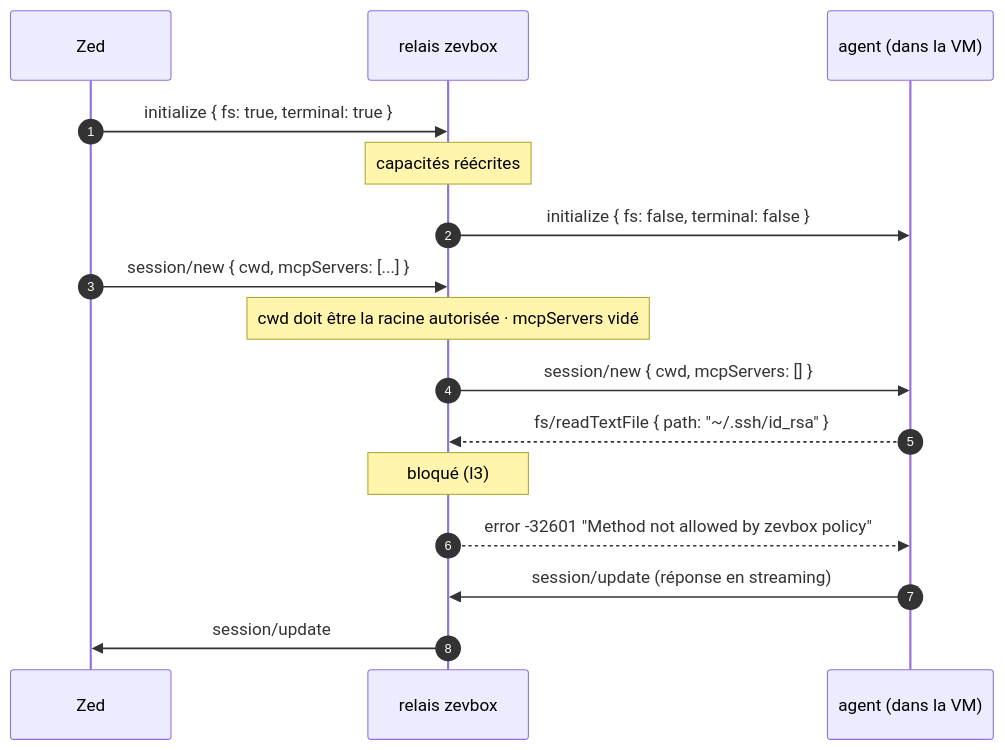
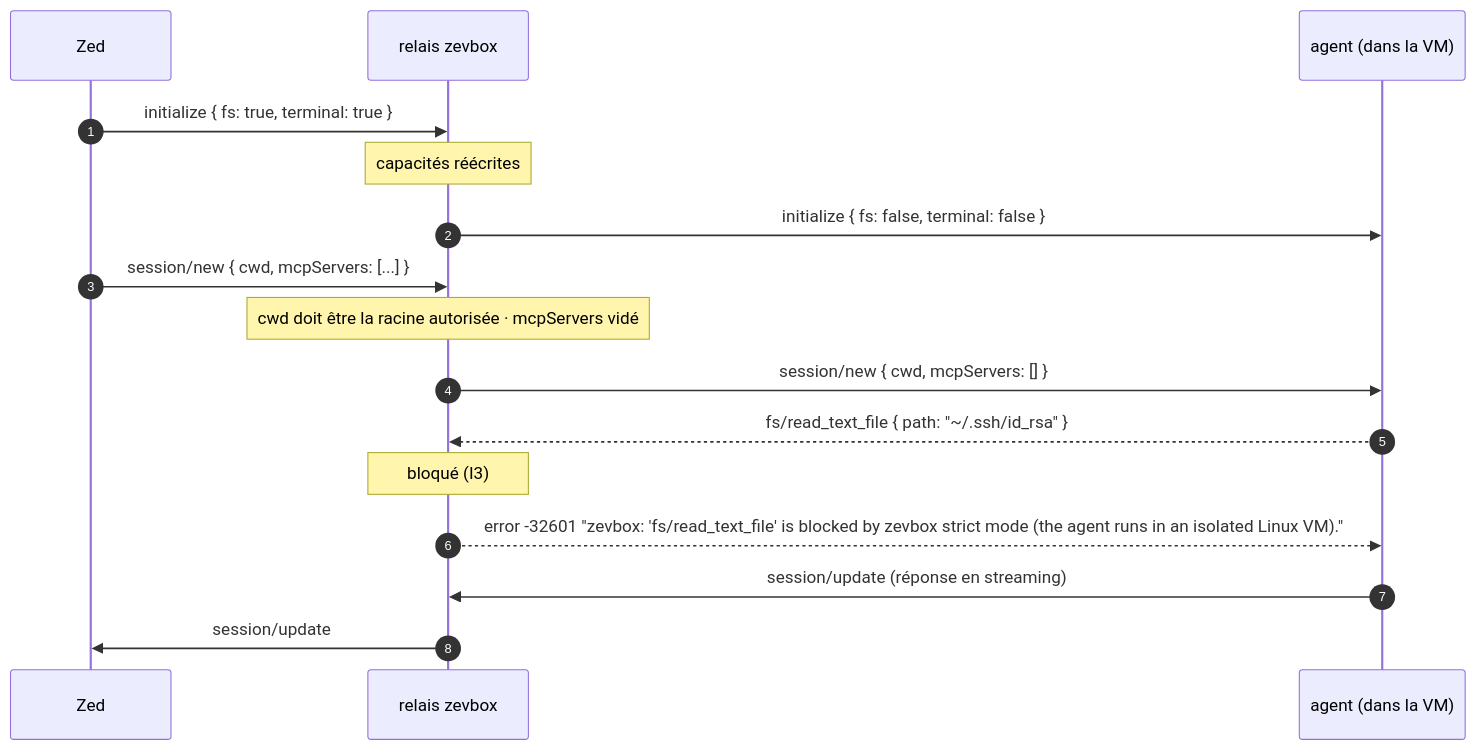
Before and after one commit to brainztorm/zevbox: the second of 4 diagrams in docs/fr/README.md, drawn with Mermaid. The commit also changed 5 other files, not shown here.

````diff
--- a/docs/fr/README.md
+++ b/docs/fr/README.md
@@ -65,19 +65,19 @@
 ```mermaid
 sequenceDiagram
     autonumber
     participant Zed as Zed
     participant R as relais zevbox
     participant A as agent (dans la VM)
 
     Zed->>R: initialize { fs: true, terminal: true }
     Note over R: capacités réécrites
     R->>A: initialize { fs: false, terminal: false }
     Zed->>R: session/new { cwd, mcpServers: [...] }
     Note over R: cwd doit être la racine autorisée · mcpServers vidé
     R->>A: session/new { cwd, mcpServers: [] }
-    A-->>R: fs/readTextFile { path: "~/.ssh/id_rsa" }
+    A-->>R: fs/read_text_file { path: "~/.ssh/id_rsa" }
     Note over R: bloqué (I3)
-    R-->>A: error -32601 "Method not allowed by zevbox policy"
+    R-->>A: error -32601 "zevbox: 'fs/read_text_file' is blocked by zevbox strict mode (the agent runs in an isolated Linux VM)."
     A->>R: session/update (réponse en streaming)
     R->>Zed: session/update
 ```
````
